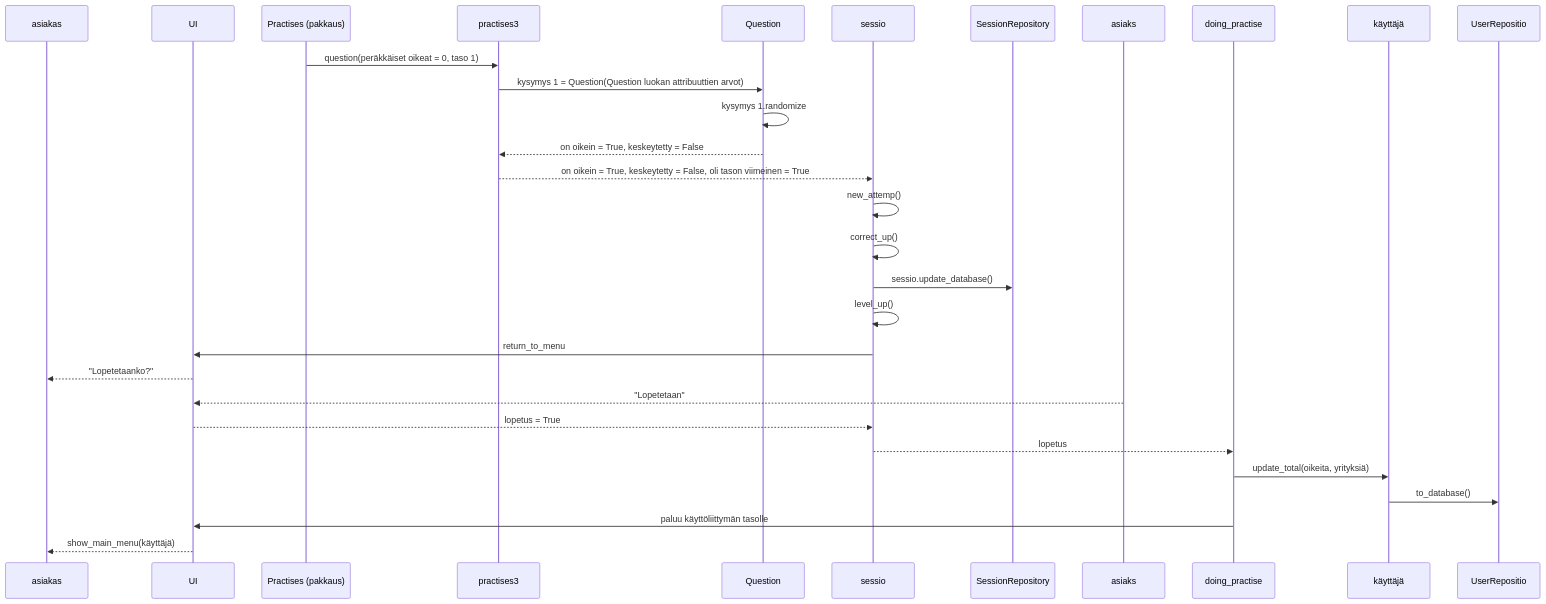
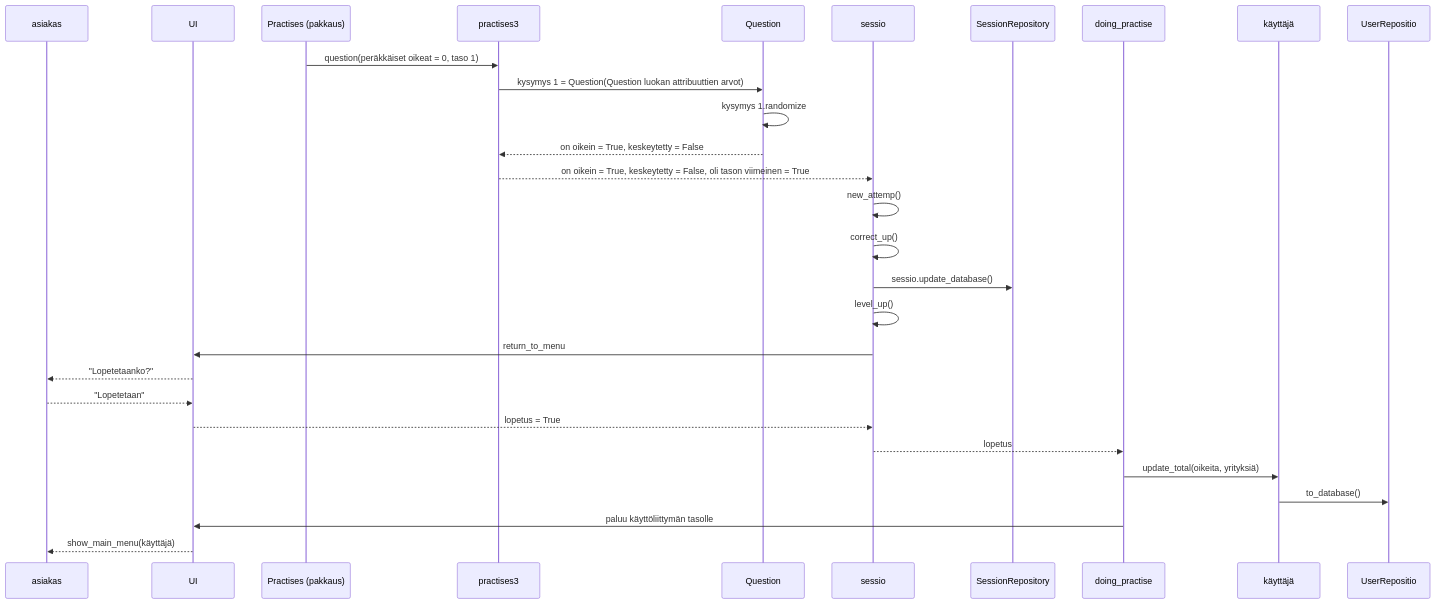
One commit to arskav/ot-harjoitustyo changed the fourth of 4 diagrams in mathtrainer/dokumentaatio/arkkitehtuuri.md. Above: the diagram before and after it, drawn with Mermaid.

````diff
--- a/mathtrainer/dokumentaatio/arkkitehtuuri.md
+++ b/mathtrainer/dokumentaatio/arkkitehtuuri.md
@@ -189,23 +189,23 @@
 ```mermaid
    sequenceDiagram
    participant asiakas
    participant UI
    Practises (pakkaus) ->> practises3: question(peräkkäiset oikeat = 0, taso 1)
    practises3 ->> Question:  kysymys 1 = Question(Question luokan attribuuttien arvot)
    Question ->> Question: kysymys 1.randomize
    Question -->> practises3: on oikein = True, keskeytetty = False
    practises3 -->> sessio:  on oikein = True, keskeytetty = False, oli tason viimeinen = True
    sessio ->> sessio: new_attemp()
    sessio ->> sessio: correct_up() 
    sessio ->> SessionRepository: sessio.update_database()
    sessio ->> sessio: level_up()
    sessio ->> UI: return_to_menu
    UI -->> asiakas: "Lopetetaanko?"
-   asiaks -->> UI: "Lopetetaan"
+   asiakas -->> UI: "Lopetetaan"
    UI -->> sessio:  lopetus = True
    sessio -->> doing_practise: lopetus
    doing_practise ->> käyttäjä: update_total(oikeita, yrityksiä)
    käyttäjä ->> UserRepositio: to_database()
    doing_practise ->> UI: paluu käyttöliittymän tasolle
    UI -->> asiakas: show_main_menu(käyttäjä)
 ```
````
